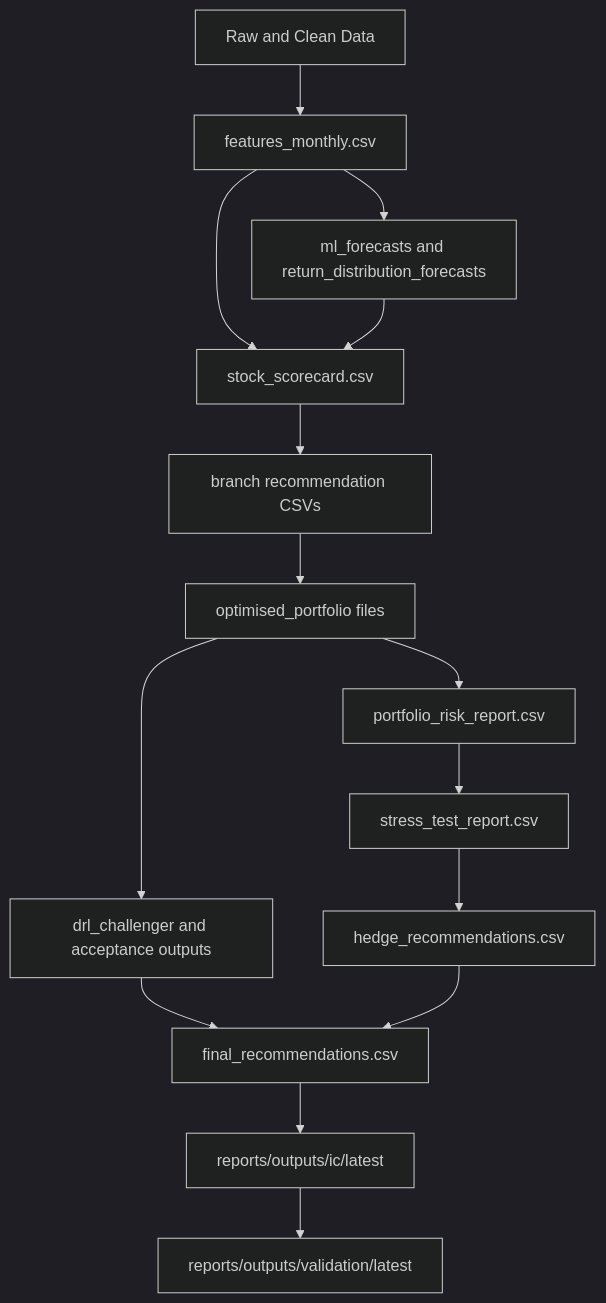
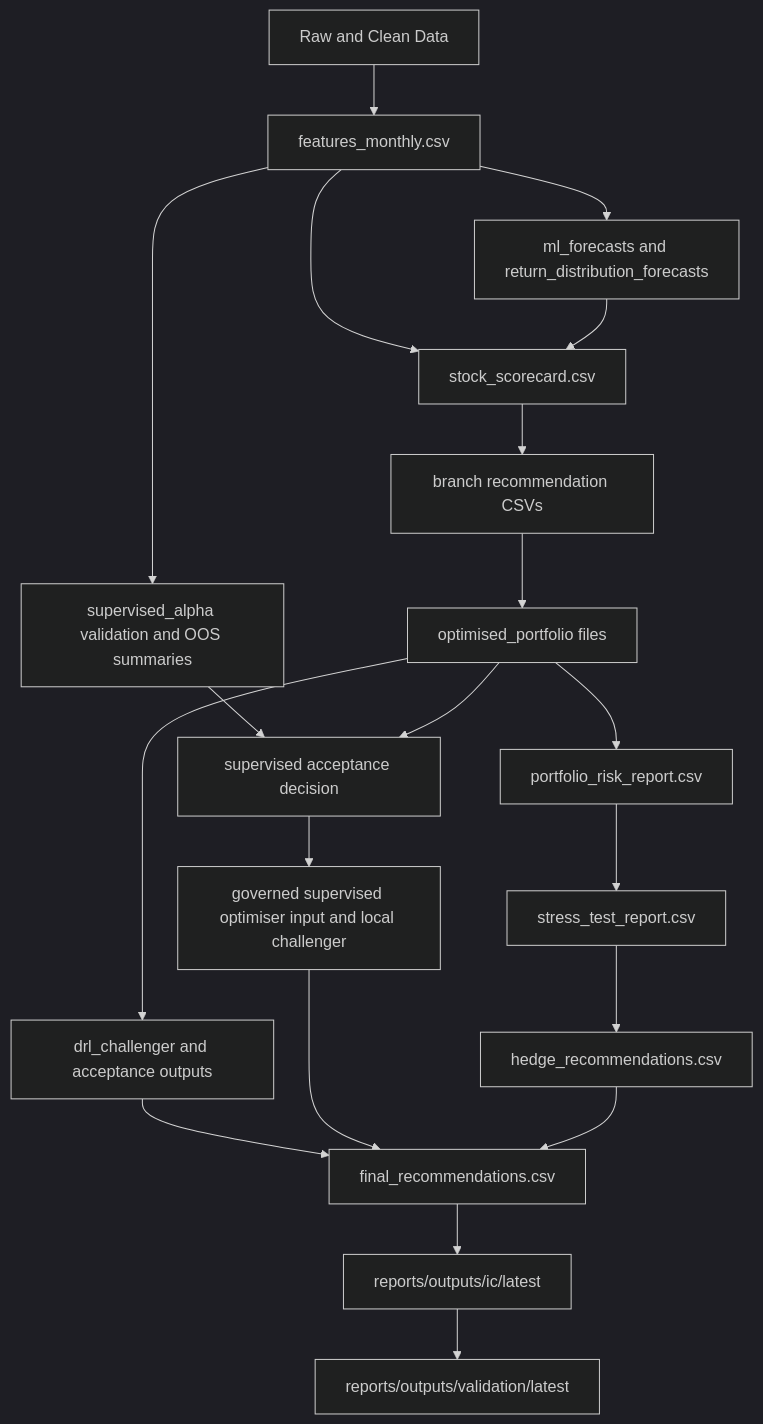
One commit to rohen97/Quantitative-Optimisation-Risk-Engine changed the eighth of 9 diagrams in docs/ARCHITECTURE_DIAGRAMS.md. Above: the diagram before and after it, drawn with Mermaid (dark theme). The commit also changed other lines of this file and 11 other files, not shown here.

First line of the commit message:
Document supervised ML architecture and publish model comparison deck (#19)

````diff
--- a/docs/ARCHITECTURE_DIAGRAMS.md
+++ b/docs/ARCHITECTURE_DIAGRAMS.md
@@ -178,17 +246,22 @@
 ```mermaid
 flowchart TD
     RAW[Raw and Clean Data] --> FEATURES[features_monthly.csv]
     FEATURES --> FORECASTS[ml_forecasts and return_distribution_forecasts]
+    FEATURES --> SUP[supervised_alpha validation and OOS summaries]
     FEATURES --> SCORECARD[stock_scorecard.csv]
     FORECASTS --> SCORECARD
     SCORECARD --> BRANCHES[branch recommendation CSVs]
     BRANCHES --> OPT[optimised_portfolio files]
+    SUP --> SGATE[supervised acceptance decision]
+    OPT --> SGATE
+    SGATE --> SOPT[governed supervised optimiser input and local challenger]
     OPT --> RISK[portfolio_risk_report.csv]
     RISK --> STRESS[stress_test_report.csv]
     STRESS --> HEDGE[hedge_recommendations.csv]
     OPT --> DRL[drl_challenger and acceptance outputs]
     DRL --> FINAL[final_recommendations.csv]
+    SOPT --> FINAL
     HEDGE --> FINAL
     FINAL --> IC[reports/outputs/ic/latest]
     IC --> VALIDATION[reports/outputs/validation/latest]
 ```
````
